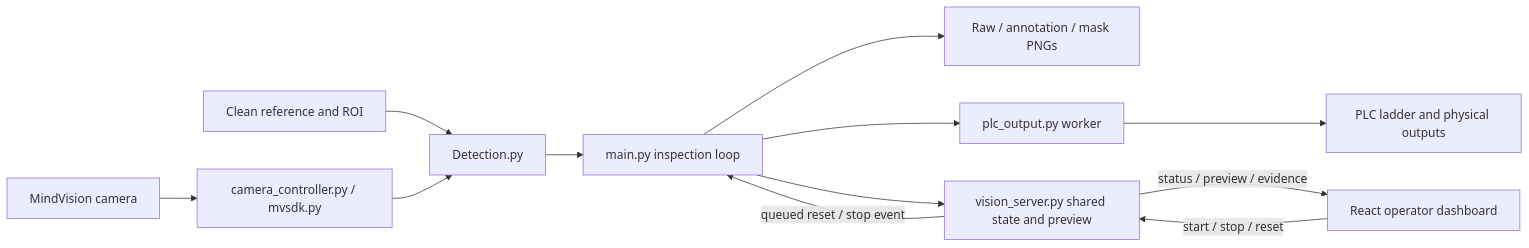
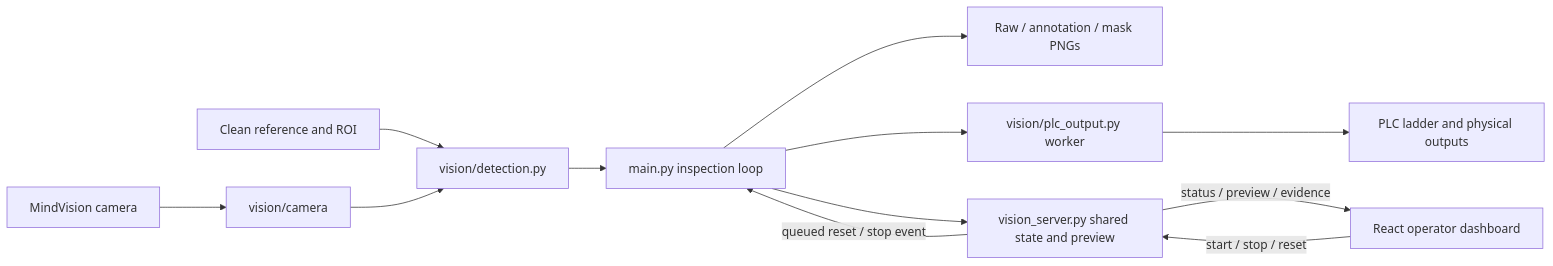
The diagram in docs/02-design-strategy.md (Dailyn06/Vision_Detection), drawn with Mermaid before and after one commit. The commit also changed 21 other files, not shown here.

````diff
--- a/docs/02-design-strategy.md
+++ b/docs/02-design-strategy.md
@@ -7,14 +7,14 @@
 ```mermaid
 flowchart LR
-    Camera[MindVision camera] --> Adapter[camera_controller.py / mvsdk.py]
-    Reference[Clean reference and ROI] --> Detection[Detection.py]
+    Camera[MindVision camera] --> Adapter[vision/camera]
+    Reference[Clean reference and ROI] --> Detection[vision/detection.py]
     Adapter --> Detection
     Detection --> Loop[main.py inspection loop]
     Loop --> Evidence[Raw / annotation / mask PNGs]
-    Loop --> PLCWorker[plc_output.py worker]
+    Loop --> PLCWorker[vision/plc_output.py worker]
     PLCWorker --> PLC[PLC ladder and physical outputs]
     Loop --> Service[vision_server.py shared state and preview]
     UI[React operator dashboard] -->|start / stop / reset| Service
     Service -->|queued reset / stop event| Loop
     Service -->|status / preview / evidence| UI
 ```
````
